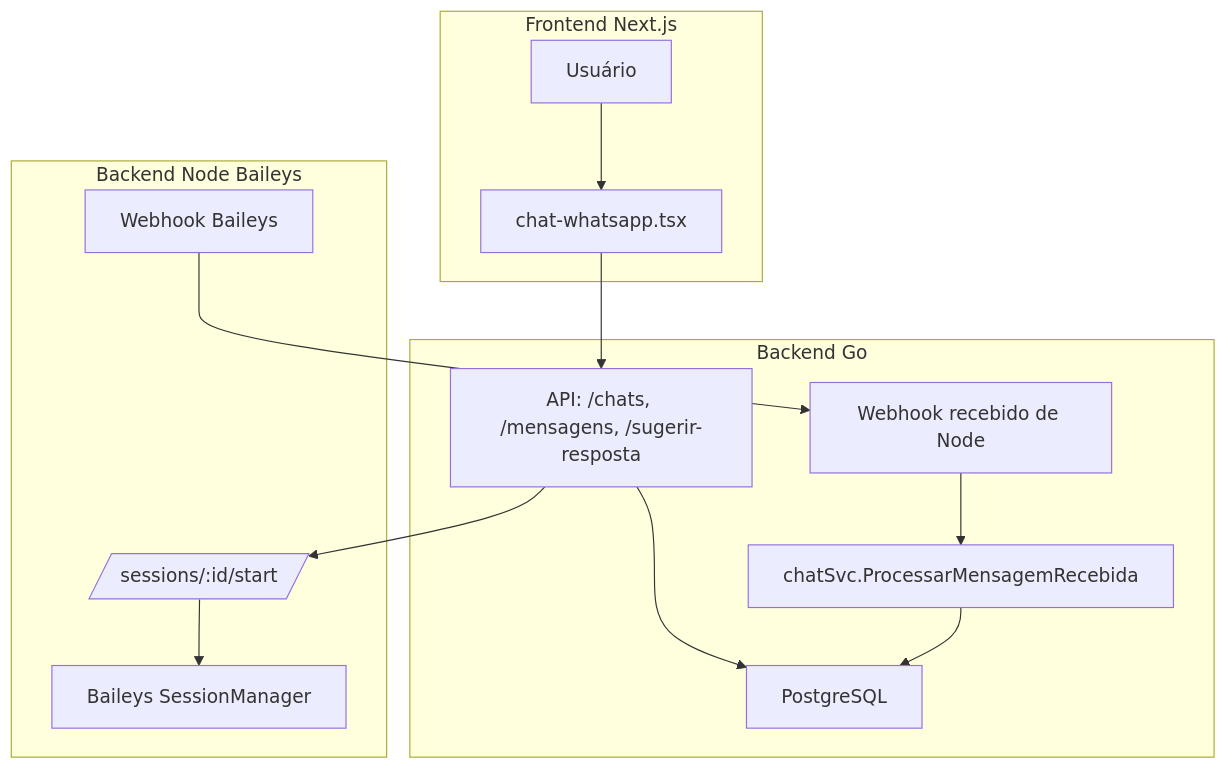
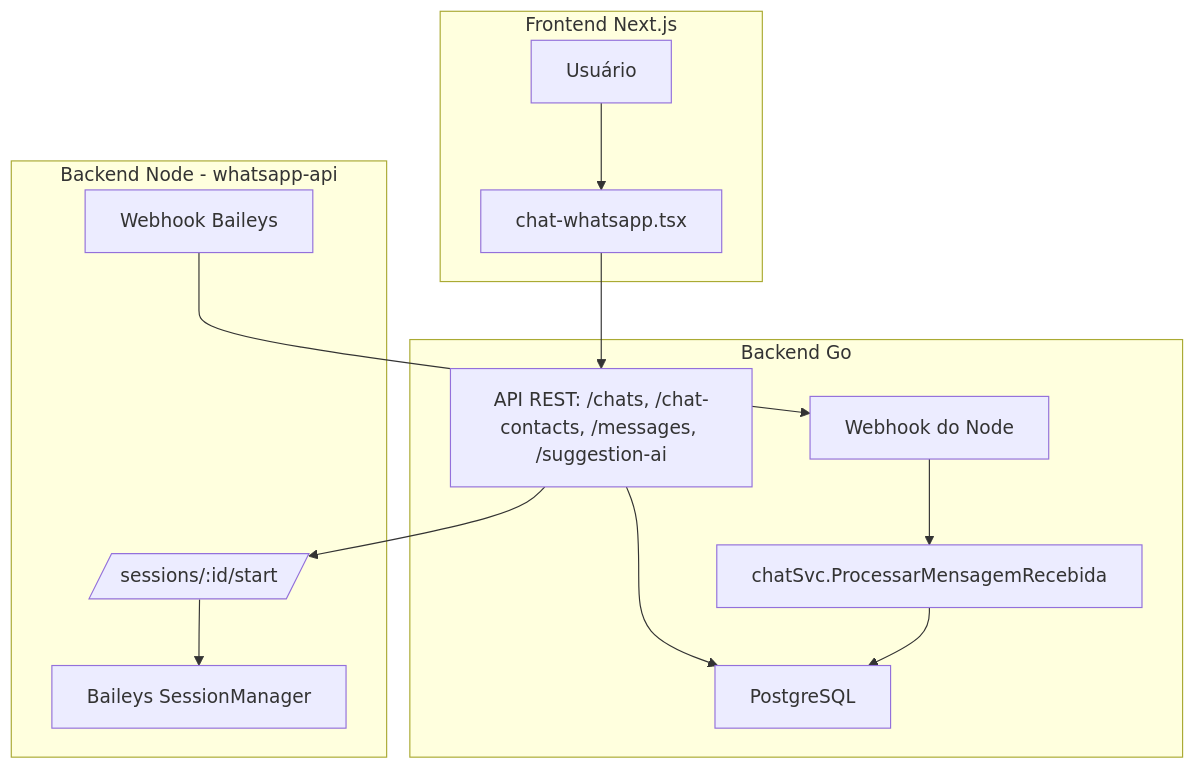
One commit to jeancarlosdanese/go-marketing changed the diagram in docs/arquitetura.md. Above: the diagram before and after it, drawn with Mermaid. The commit also changed 3 other files, not shown here.

````diff
--- a/docs/arquitetura.md
+++ b/docs/arquitetura.md
@@ -1,20 +1,19 @@
 ```mermaid
 graph TD
   subgraph Frontend Next.js
     A[Usuário] --> B[chat-whatsapp.tsx]
   end
 
   subgraph Backend Go
-    B --> C[API: /chats, /mensagens, /sugerir-resposta]
-    E[Webhook recebido de Node] --> F[chatSvc.ProcessarMensagemRecebida]
+    B --> C[API REST: /chats, /chat-contacts, /messages, /suggestion-ai]
+    E[Webhook do Node] --> F[chatSvc.ProcessarMensagemRecebida]
     C --> G[PostgreSQL]
     F --> G
   end
 
-  subgraph Backend Node Baileys
-    C2[/sessions/:id/start/] --> H[Baileys SessionManager]
+  subgraph Backend Node - whatsapp-api
+    B2[/sessions/:id/start/] --> H[Baileys SessionManager]
     D1[Webhook Baileys] --> E
-    C --> C2
+    C --> B2
   end
-
 ```
````
